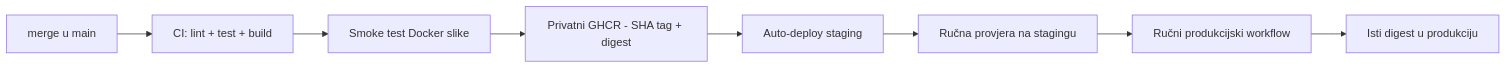
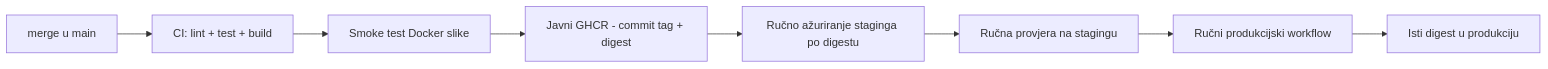
Before and after one commit to josipmestrovic/kaladont: the diagram in docs/07-operacije/ci-cd.md, drawn with Mermaid. The commit also changed other lines of this file and 7 other files, not shown here.

````diff
--- a/docs/07-operacije/ci-cd.md
+++ b/docs/07-operacije/ci-cd.md
@@ -7,10 +7,10 @@
 ```mermaid
 flowchart LR
     A[merge u main] --> B[CI: lint + test + build]
     B --> C[Smoke test Docker slike]
-    C --> D[Privatni GHCR - SHA tag + digest]
-    D --> E[Auto-deploy staging]
+    C --> D[Javni GHCR - commit tag + digest]
+    D --> E[Ručno ažuriranje staginga po digestu]
     E --> F[Ručna provjera na stagingu]
     F --> G[Ručni produkcijski workflow]
     G --> H[Isti digest u produkciju]
 ```
````
